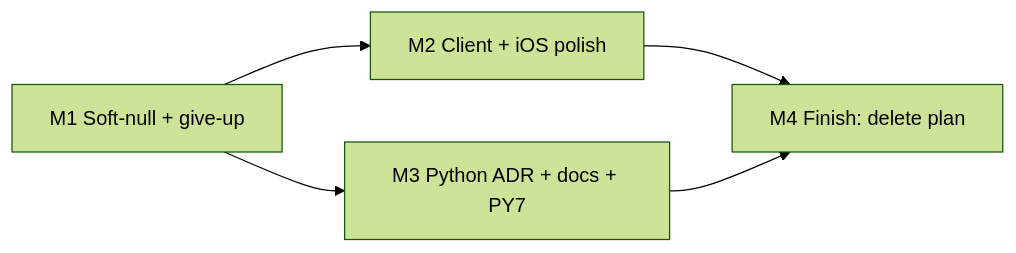
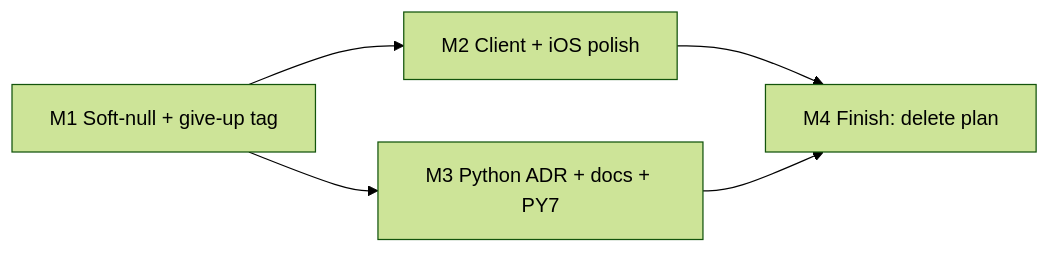
One commit to sibling-shipyard/coach-hq changed the diagram in docs/plans/sentry-post-1078-followups.md. Above: the diagram before and after it, drawn with Mermaid (forest theme). The commit also changed other lines of this file, not shown here.

````diff
--- a/docs/plans/sentry-post-1078-followups.md
+++ b/docs/plans/sentry-post-1078-followups.md
@@ -9,7 +9,7 @@
 ```mermaid
 flowchart LR
-  M1["M1 Soft-null + give-up"] --> M2["M2 Client + iOS polish"]
+  M1["M1 Soft-null + give-up tag"] --> M2["M2 Client + iOS polish"]
   M1 --> M3["M3 Python ADR + docs + PY7"]
   M2 --> M4["M4 Finish: delete plan"]
   M3 --> M4
 ```
````
